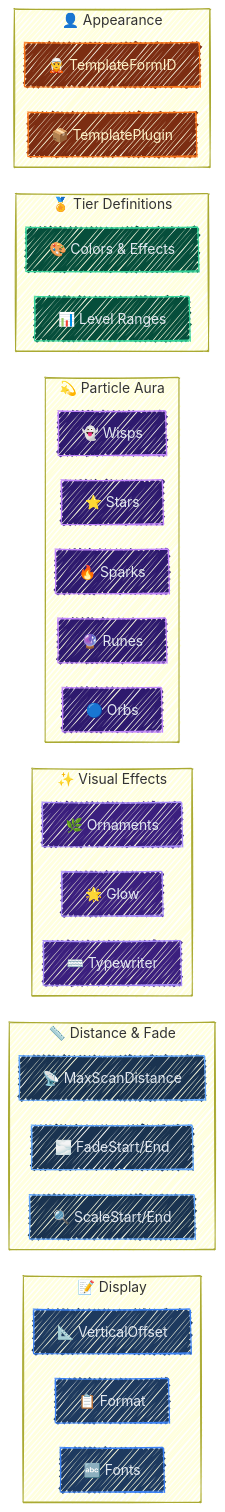
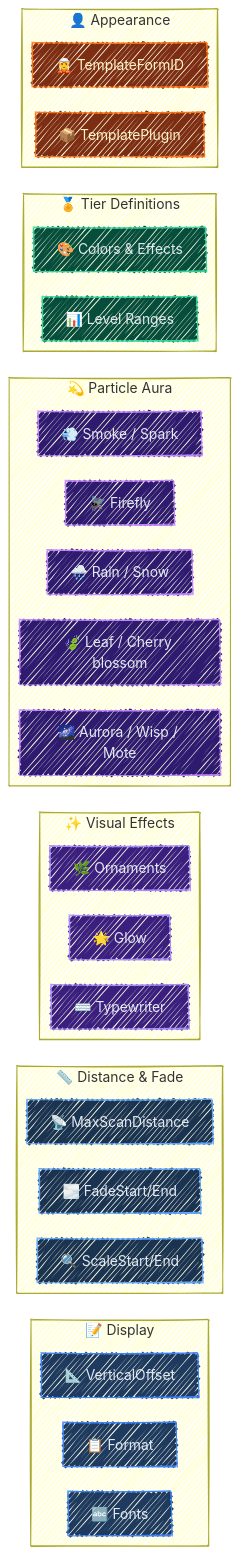
One commit to lextpf/glyph changed the second of 3 diagrams in README.md. Above: the diagram before and after it, drawn with Mermaid. The commit also changed other lines of this file, not shown here.

````diff
--- a/README.md
+++ b/README.md
@@ -166,53 +168,53 @@
 ```mermaid
 ---
 config:
   look: handDrawn
   theme: mc
   themeVariables:
     fontSize: 18px
   layout: elk
 ---
 graph LR
     classDef display fill:#1e3a5f,stroke:#3b82f6,color:#e2e8f0
     classDef distance fill:#1a3350,stroke:#60a5fa,color:#e2e8f0
     classDef effects fill:#3b1f7e,stroke:#a78bfa,color:#e2e8f0
     classDef particles fill:#2e1a6e,stroke:#c084fc,color:#e2e8f0
     classDef tiers fill:#064e3b,stroke:#34d399,color:#e2e8f0
     classDef template fill:#7c2d12,stroke:#f97316,color:#fef3c7
 
     subgraph Display["📝 Display"]
         FMT["📋 Format"]:::display
         FONT["🔤 Fonts"]:::display
         VERT["📐 VerticalOffset"]:::display
     end
 
     subgraph Distance["📏 Distance & Fade"]
         FADE["🌫️ FadeStart/End"]:::distance
         SCALE["🔍 ScaleStart/End"]:::distance
         SCAN["📡 MaxScanDistance"]:::distance
     end
 
     subgraph Effects["✨ Visual Effects"]
         GLOW["🌟 Glow"]:::effects
         TYPE["⌨️ Typewriter"]:::effects
         ORNA["🌿 Ornaments"]:::effects
     end
 
     subgraph Particles["💫 Particle Aura"]
-        STAR["⭐ Stars"]:::particles
-        SPARK["🔥 Sparks"]:::particles
-        WISP["👻 Wisps"]:::particles
-        RUNE["🔮 Runes"]:::particles
-        ORB["🔵 Orbs"]:::particles
+        FIREFLY["🪰 Firefly"]:::particles
+        RAINSNOW["🌧️ Rain / Snow"]:::particles
+        SMOKE["💨 Smoke / Spark"]:::particles
+        FLORA["🍃 Leaf / Cherry blossom"]:::particles
+        AURORA["🌌 Aurora / Wisp / Mote"]:::particles
     end
 
     subgraph Tiers["🏅 Tier Definitions"]
         TIER["🎨 Colors & Effects"]:::tiers
         LEVEL["📊 Level Ranges"]:::tiers
     end
 
     subgraph Template["👤 Appearance"]
         NPC["🧝 TemplateFormID"]:::template
         PLUGIN["📦 TemplatePlugin"]:::template
     end
 ```
````
